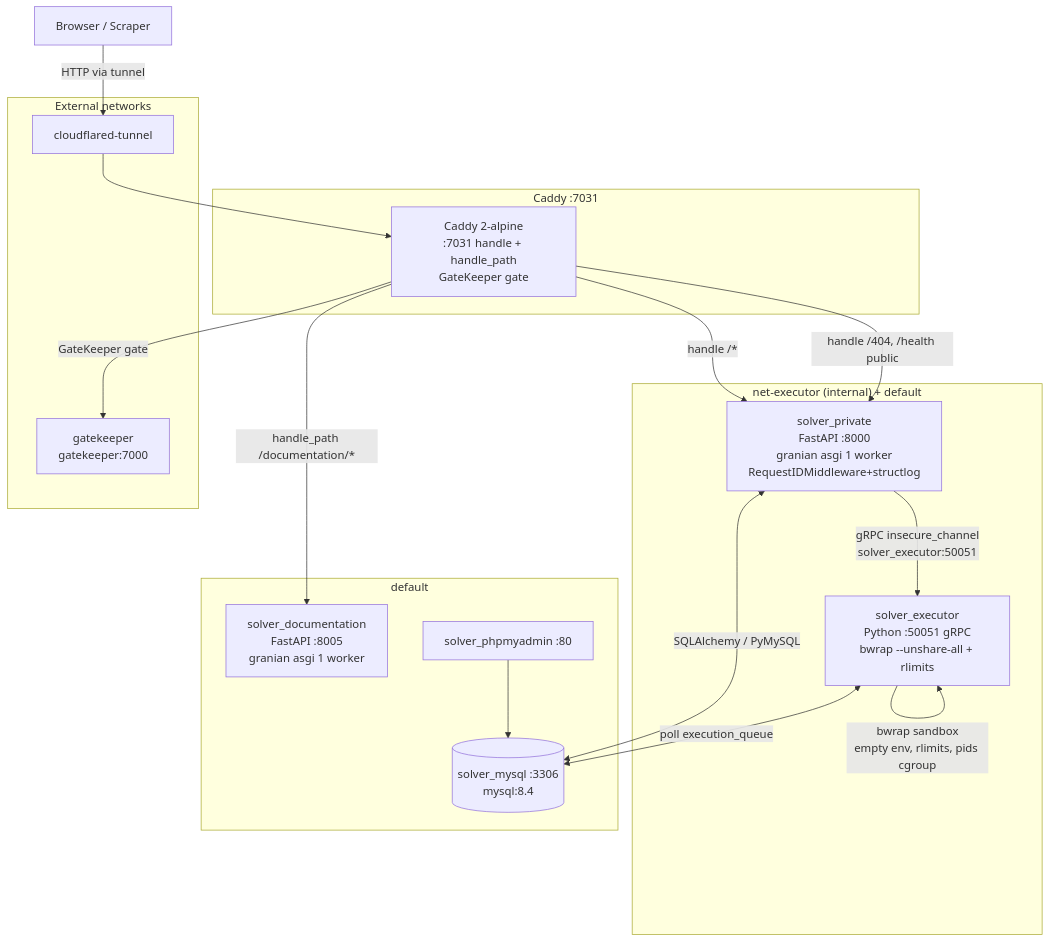
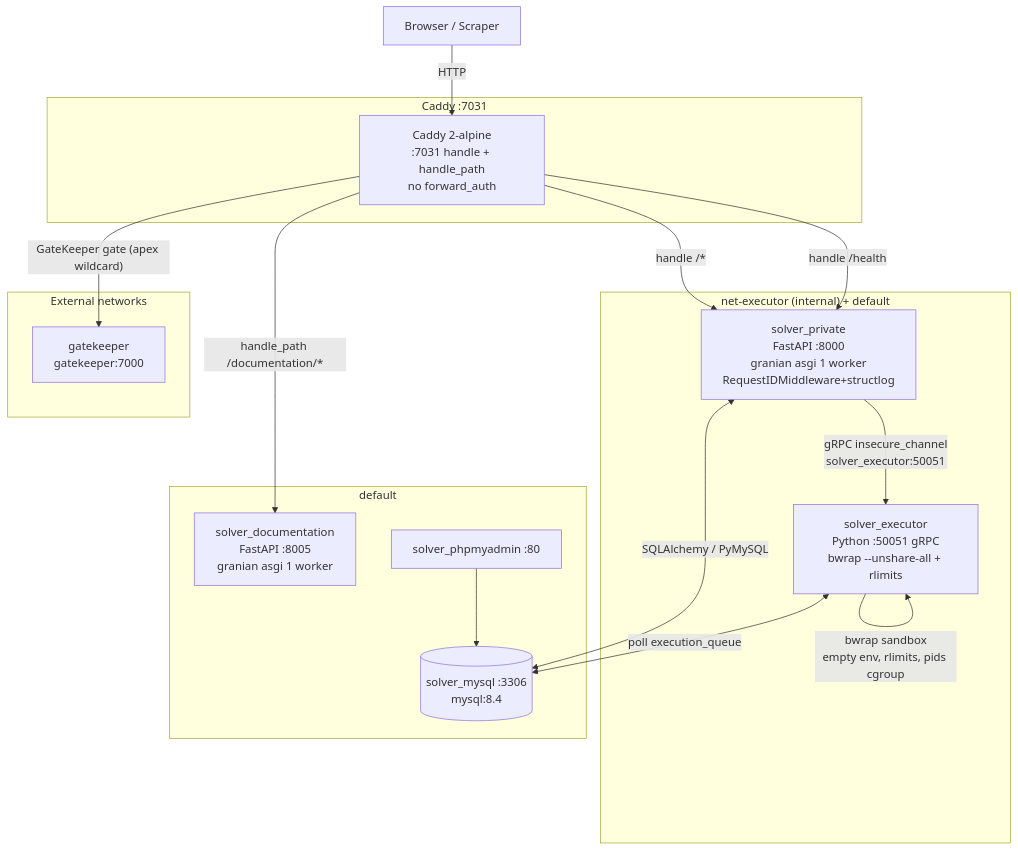
One commit to NovaProtocol/PracticeForge changed the diagram in documentation/docs/architecture.md. Above: the diagram before and after it, drawn with Mermaid. The commit also changed other lines of this file and 8 other files, not shown here.

````diff
--- a/documentation/docs/architecture.md
+++ b/documentation/docs/architecture.md
@@ -7,37 +7,35 @@
 ```mermaid
 graph TB
  U["Browser / Scraper"]
 
  subgraph "Caddy :7031"
- CADDY["Caddy 2-alpine<br/>:7031 handle + handle_path<br/>GateKeeper gate"]
+ CADDY["Caddy 2-alpine<br/>:7031 handle + handle_path<br/>no forward_auth"]
  end
 
  subgraph "net-executor (internal) + default"
  SOLVER["solver_private<br/>FastAPI :8000<br/>granian asgi 1 worker<br/>RequestIDMiddleware+structlog"]
  EXEC["solver_executor<br/>Python :50051 gRPC<br/>bwrap --unshare-all + rlimits"]
  end
 
  subgraph "default"
  DOCS["solver_documentation<br/>FastAPI :8005<br/>granian asgi 1 worker"]
  DB[("solver_mysql :3306<br/>mysql:8.4")]
  PMA["solver_phpmyadmin :80"]
  end
 
  subgraph "External networks"
  GK["gatekeeper<br/>gatekeeper:7000"]
- TUN["cloudflared-tunnel"]
  end
 
- U -->|"HTTP via tunnel"| TUN
- TUN --> CADDY
- CADDY -->|"GateKeeper gate"| GK
+ U -->|HTTP| CADDY
+ CADDY -->|"GateKeeper gate (apex wildcard)"| GK
  CADDY -->|"handle /*"| SOLVER
  CADDY -->|"handle_path /documentation/*"| DOCS
- CADDY -->|"handle /404, /health public"| SOLVER
+ CADDY -->|"handle /health"| SOLVER
 
  SOLVER -->|"gRPC insecure_channel<br/>solver_executor:50051"| EXEC
  SOLVER <-->|"SQLAlchemy / PyMySQL"| DB
  EXEC <-->|"poll execution_queue"| DB
  EXEC -->|"bwrap sandbox<br/>empty env, rlimits, pids cgroup"| EXEC
  PMA --> DB
 ```
````
